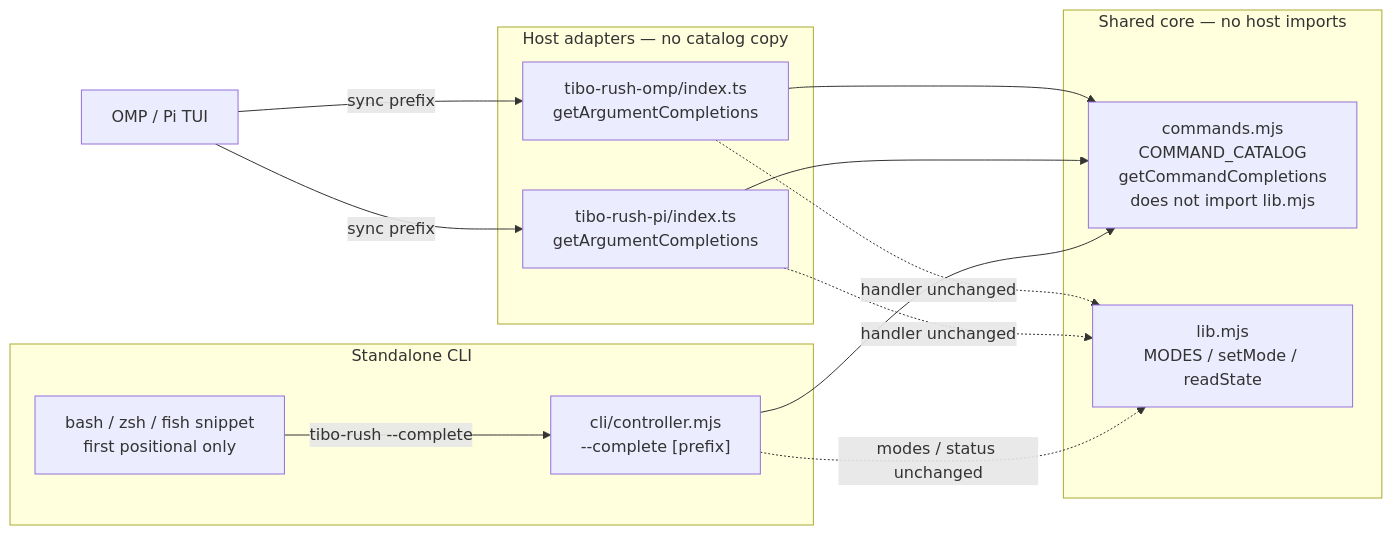
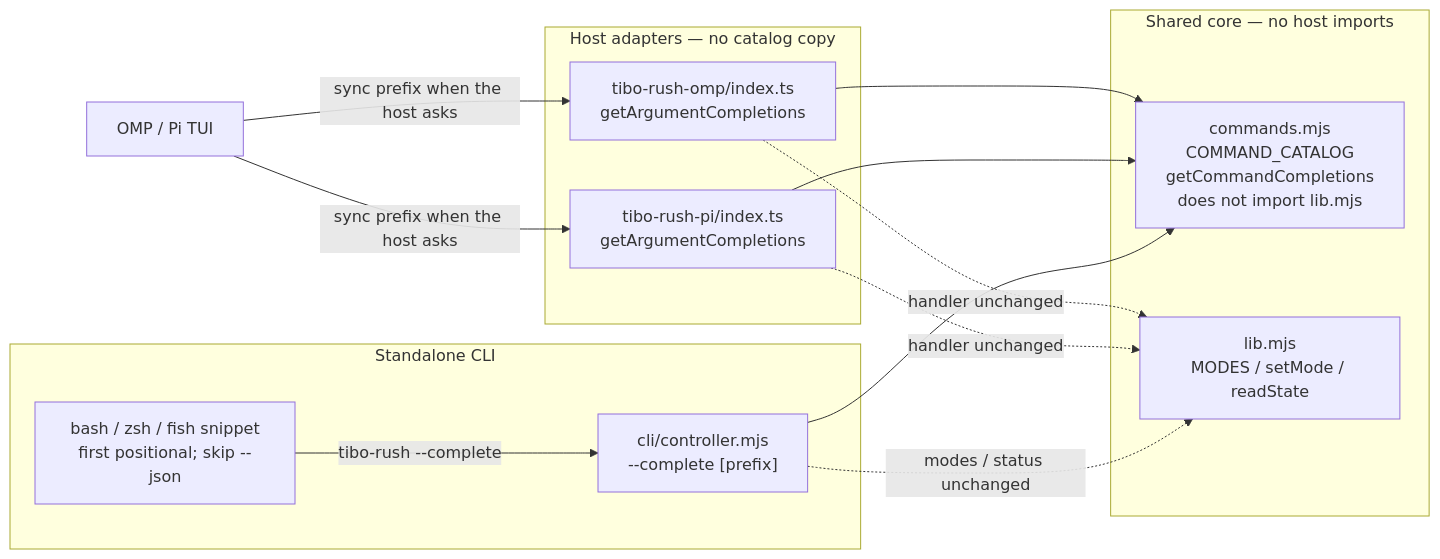
The first of 2 diagrams in docs/design/command-completions.md (happyfeetw/tibo-rush), drawn with Mermaid before and after one commit. The commit also changed other lines of this file and 17 other files, not shown here.

````diff
--- a/docs/design/command-completions.md
+++ b/docs/design/command-completions.md
@@ -146,24 +199,24 @@
 ```mermaid
 flowchart LR
   subgraph hosts [Host adapters — no catalog copy]
     OMP["tibo-rush-omp/index.ts<br/>getArgumentCompletions"]
     PI["tibo-rush-pi/index.ts<br/>getArgumentCompletions"]
   end
   subgraph cli [Standalone CLI]
     CTRL["cli/controller.mjs<br/>--complete [prefix]"]
-    SH["bash / zsh / fish snippet<br/>first positional only"]
+    SH["bash / zsh / fish snippet<br/>first positional; skip --json"]
   end
   subgraph core [Shared core — no host imports]
     CAT["commands.mjs<br/>COMMAND_CATALOG<br/>getCommandCompletions<br/>does not import lib.mjs"]
     LIB["lib.mjs<br/>MODES / setMode / readState"]
   end
-  TUI["OMP / Pi TUI"] -->|sync prefix| OMP
-  TUI -->|sync prefix| PI
+  TUI["OMP / Pi TUI"] -->|sync prefix when the host asks| OMP
+  TUI -->|sync prefix when the host asks| PI
   OMP --> CAT
   PI --> CAT
   SH -->|"tibo-rush --complete"| CTRL
   CTRL --> CAT
   OMP -.->|handler unchanged| LIB
   PI -.->|handler unchanged| LIB
   CTRL -.->|modes / status unchanged| LIB
 ```
````
